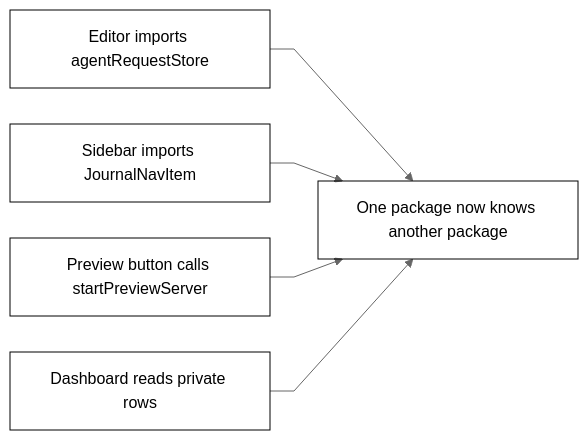
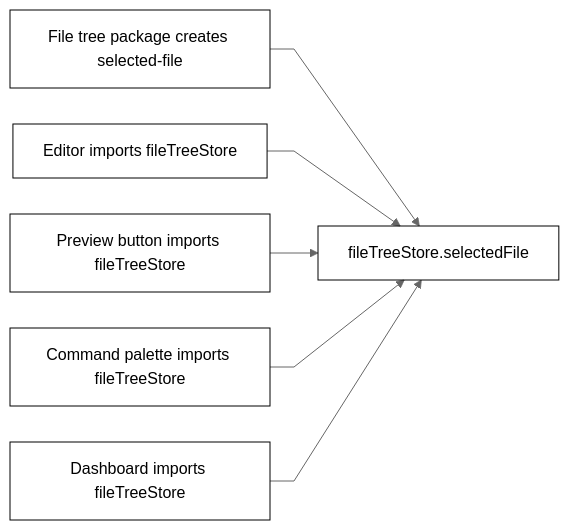
The first of 2 diagrams in runtime-kit/build-without-tangled-code/translate-traditional-code.mdx (kngf222/bitfield-docs), drawn with Mermaid (neutral theme) before and after one commit. The commit also changed other lines of this file, not shown here.

Commit message:
docs: make mermaid flows compare same producer

````diff
--- a/runtime-kit/build-without-tangled-code/translate-traditional-code.mdx
+++ b/runtime-kit/build-without-tangled-code/translate-traditional-code.mdx
@@ -18,20 +18,22 @@
 ```mermaid
 %%{init: {'flowchart': {'nodeSpacing': 36, 'rankSpacing': 48, 'curve': 'linear'}}}%%
 flowchart LR
-  BadStore["Editor imports agentRequestStore"]
-  BadShell["Sidebar imports JournalNavItem"]
-  BadPreview["Preview button calls startPreviewServer"]
-  BadRows["Dashboard reads private rows"]
-  Leak["One package now knows another package"]
+  Producer["File tree package creates selected-file"]
+  PrivateStore["fileTreeStore.selectedFile"]
+  Editor["Editor imports fileTreeStore"]
+  Preview["Preview button imports fileTreeStore"]
+  Command["Command palette imports fileTreeStore"]
+  Dashboard["Dashboard imports fileTreeStore"]
 
-  BadStore --> Leak
-  BadShell --> Leak
-  BadPreview --> Leak
-  BadRows --> Leak
+  Producer --> PrivateStore
+  Editor --> PrivateStore
+  Preview --> PrivateStore
+  Command --> PrivateStore
+  Dashboard --> PrivateStore
 
   classDef traditional fill:transparent,stroke:currentColor,color:currentColor;
   classDef reject fill:transparent,stroke:currentColor,color:currentColor;
 
-  class BadStore,BadShell,BadPreview,BadRows traditional;
-  class Leak reject;
+  class Producer,Editor,Preview,Command,Dashboard traditional;
+  class PrivateStore reject;
 ```
````
